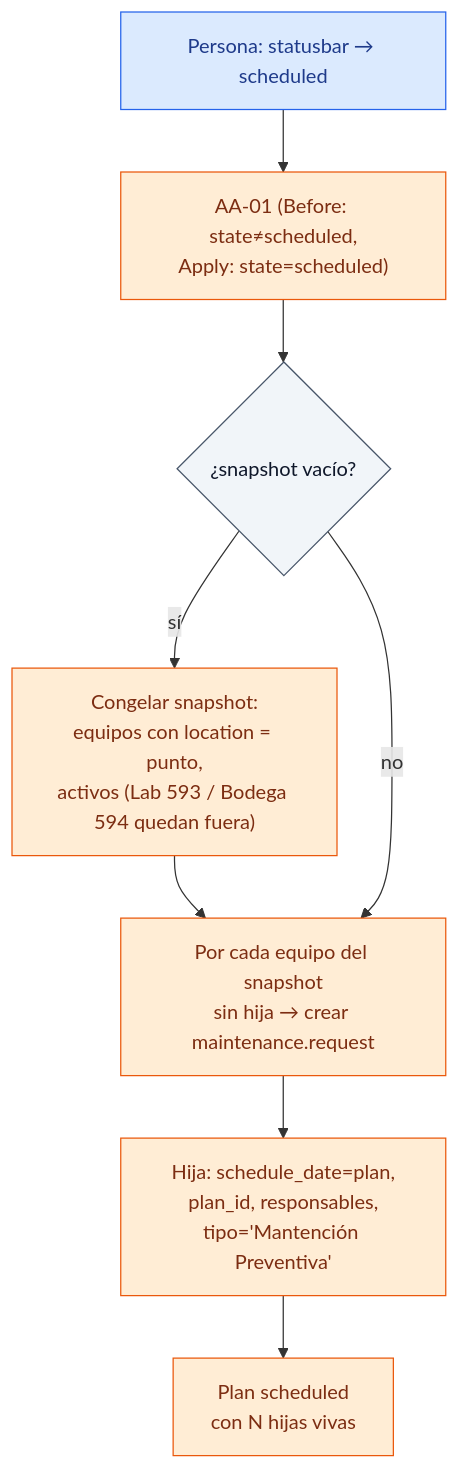
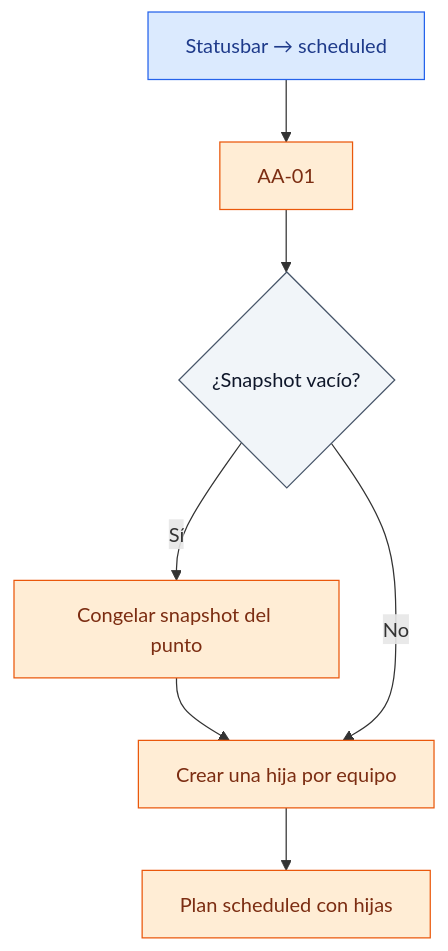
One commit to dcuerowe/odoo_con_mantenciones changed the fifth of 18 diagrams in maintenance_plan/PROCESOS_Y_FLUJOS.md. Above: the diagram before and after it, drawn with Mermaid. The commit also changed other lines of this file and 1 other file, not shown here.

Commit message:
Cambios dentro de maintenance_plan

````diff
--- a/maintenance_plan/PROCESOS_Y_FLUJOS.md
+++ b/maintenance_plan/PROCESOS_Y_FLUJOS.md
@@ -131,18 +142,16 @@
 ```mermaid
 flowchart TD
-    A["Persona: statusbar → scheduled"]:::manual
-    B["AA-01 (Before: state≠scheduled,<br/>Apply: state=scheduled)"]:::auto
-    C{"¿snapshot vacío?"}:::dec
-    D["Congelar snapshot:<br/>equipos con location = punto,<br/>activos (Lab 593 / Bodega 594 quedan fuera)"]:::auto
-    E["Por cada equipo del snapshot<br/>sin hija → crear maintenance.request"]:::auto
-    F["Hija: schedule_date=plan,<br/>plan_id, responsables,<br/>tipo='Mantención Preventiva'"]:::auto
-    G["Plan scheduled<br/>con N hijas vivas"]:::auto
-
+    A["Statusbar → scheduled"]:::manual
+    B["AA-01"]:::auto
+    C{"¿Snapshot vacío?"}:::dec
+    D["Congelar snapshot del punto"]:::auto
+    E["Crear una hija por equipo"]:::auto
+    G["Plan scheduled con hijas"]:::auto
     A --> B --> C
-    C -->|sí| D --> E
-    C -->|no| E
-    E --> F --> G
+    C -->|Sí| D --> E
+    C -->|No| E
+    E --> G
     classDef manual fill:#dbeafe,stroke:#2563eb,color:#1e3a8a;
     classDef auto fill:#ffedd5,stroke:#ea580c,color:#7c2d12;
     classDef dec fill:#f1f5f9,stroke:#475569,color:#0f172a;
 ```
````
